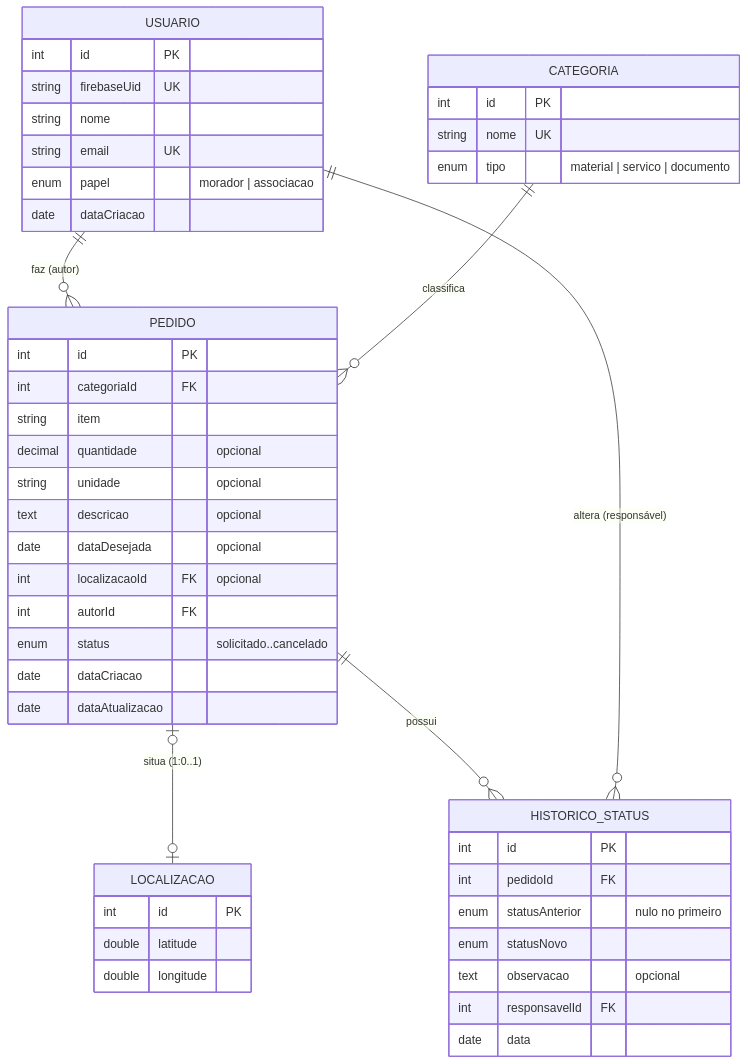
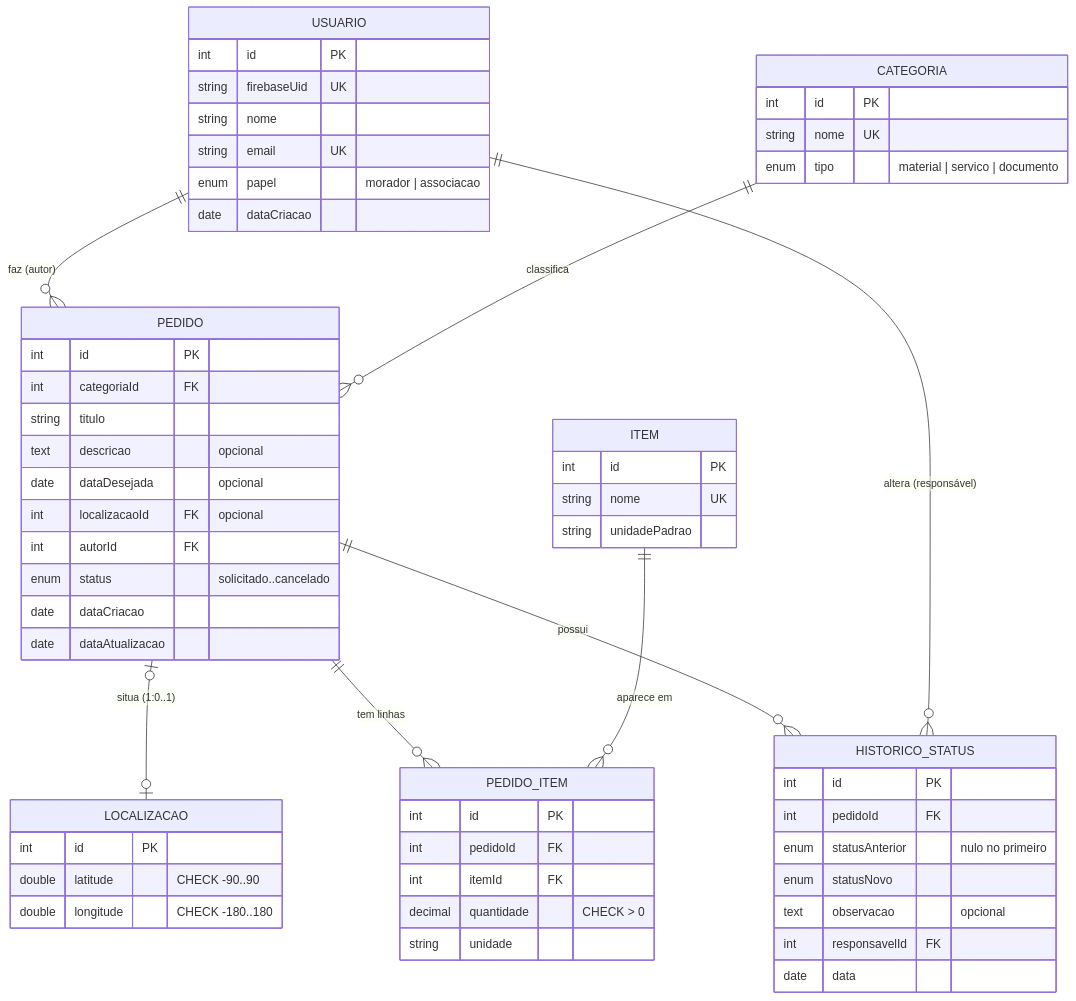
The diagram in backend/ENTIDADES.md (larissa-sc/mutirao), drawn with Mermaid before and after one commit. The commit also changed other lines of this file and 4 other files, not shown here.

````diff
--- a/backend/ENTIDADES.md
+++ b/backend/ENTIDADES.md
@@ -7,50 +7,62 @@
 ```mermaid
 erDiagram
     USUARIO ||--o{ PEDIDO : "faz (autor)"
     CATEGORIA ||--o{ PEDIDO : classifica
     PEDIDO |o--o| LOCALIZACAO : "situa (1:0..1)"
+    PEDIDO ||--o{ PEDIDO_ITEM : "tem linhas"
+    ITEM ||--o{ PEDIDO_ITEM : "aparece em"
     PEDIDO ||--o{ HISTORICO_STATUS : possui
     USUARIO ||--o{ HISTORICO_STATUS : "altera (responsável)"
 
     USUARIO {
         int id PK
         string firebaseUid UK
         string nome
         string email UK
         enum papel "morador | associacao"
         date dataCriacao
     }
     CATEGORIA {
         int id PK
         string nome UK
         enum tipo "material | servico | documento"
     }
+    ITEM {
+        int id PK
+        string nome UK
+        string unidadePadrao
+    }
     LOCALIZACAO {
         int id PK
-        double latitude
-        double longitude
+        double latitude "CHECK -90..90"
+        double longitude "CHECK -180..180"
     }
     PEDIDO {
         int id PK
         int categoriaId FK
-        string item
-        decimal quantidade "opcional"
-        string unidade "opcional"
+        string titulo
         text descricao "opcional"
         date dataDesejada "opcional"
         int localizacaoId FK "opcional"
         int autorId FK
         enum status "solicitado..cancelado"
         date dataCriacao
         date dataAtualizacao
+    }
+    PEDIDO_ITEM {
+        int id PK
+        int pedidoId FK
+        int itemId FK
+        decimal quantidade "CHECK > 0"
+        string unidade
     }
     HISTORICO_STATUS {
         int id PK
         int pedidoId FK
         enum statusAnterior "nulo no primeiro"
         enum statusNovo
         text observacao "opcional"
         int responsavelId FK
         date data
     }
 ```
````
